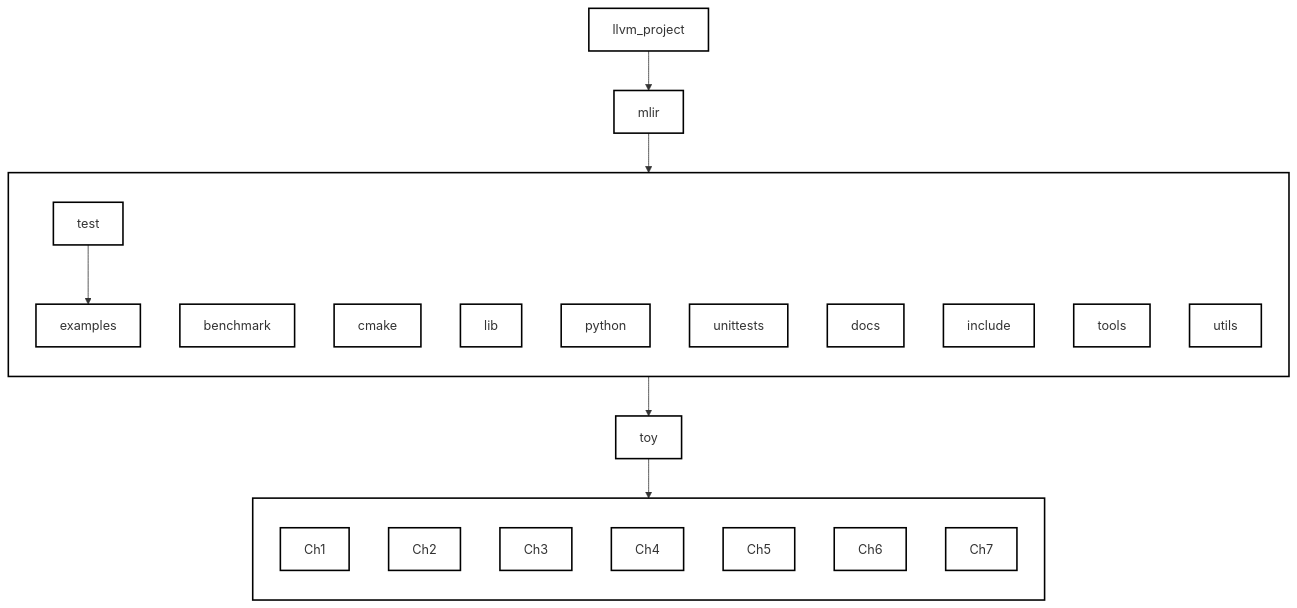
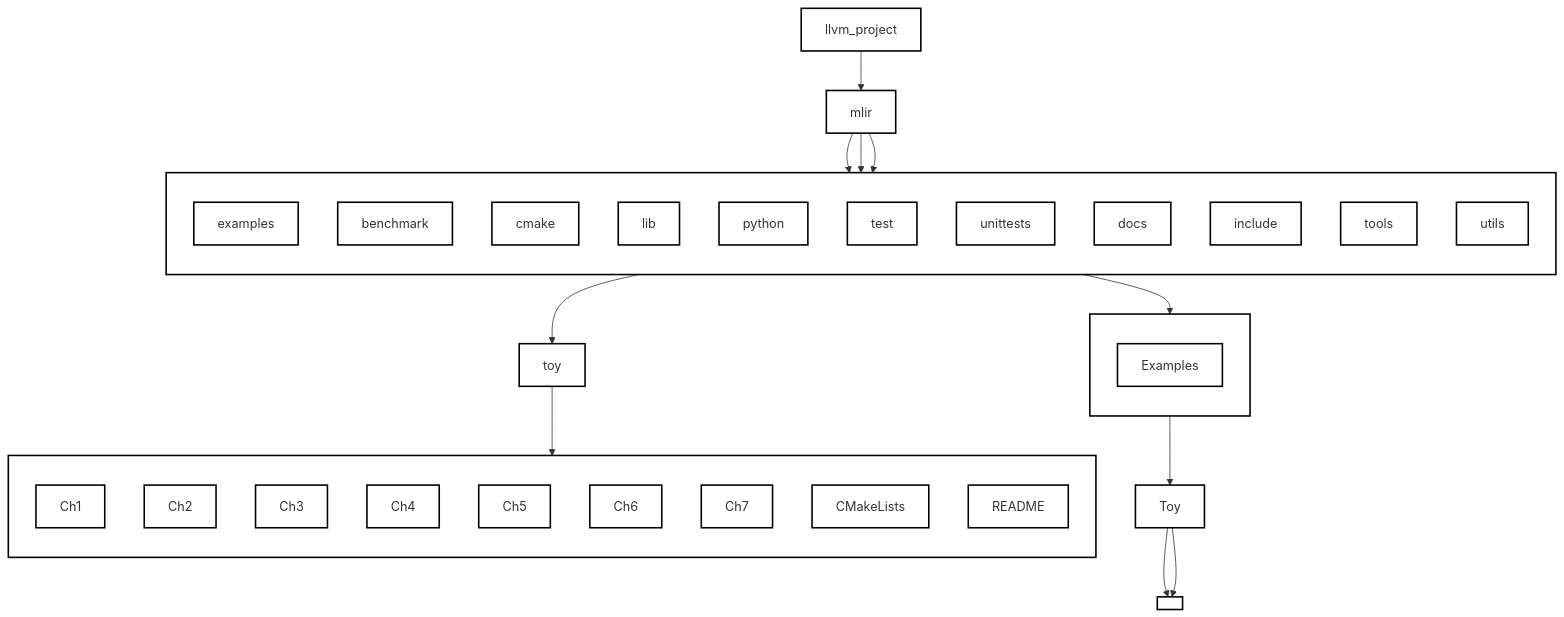
The third of 3 diagrams in Introduction.md (Ameya674/mlir_for_beginners), drawn with Mermaid before and after one commit.

````diff
--- a/Introduction.md
+++ b/Introduction.md
@@ -143,47 +143,73 @@
 ```mermaid
 graph TD
   llvm_project["llvm_project"]
   mlir["mlir"]
   examples["examples"]
-  toy["toy"]
-  test["test"]
+  toy_examples["toy"]
+  toy_test["Toy"]
 
   llvm_project --> mlir
+  mlir --> examples
 
   subgraph mlir_box[ ]
     direction TB
     benchmark
     cmake
     examples
     lib
     python
     test
     unittests
     docs
     include
     tools
     utils
   end
 
   mlir --> mlir_box
 
-  test --> examples
-  examples --> toy
+  subgraph toy_examples_box[ ]
+    direction TB
+    Ch1
+    Ch2
+    Ch3
+    Ch4
+    Ch5
+    Ch6
+    Ch7
+    CMakeLists
+    README
+  end
 
-  subgraph toy_box[ ]
+  examples --> toy_examples
+  toy_examples --> toy_examples_box
+
+  subgraph test_box[ ]
+    direction TB
+    Examples
+  end
+
+  mlir --> test
+  test --> test_box
+  test_box --> toy_test
+  toy_test --> toy_test_box
+
+  subgraph toy_test_box[ ]
     direction TB
     Ch1
     Ch2
     Ch3
     Ch4
     Ch5
     Ch6
     Ch7
   end
 
-  toy --> toy_box
+  toy_test --> toy_test_box
 
   classDef default fill:#fff,stroke:#000,stroke-width:2px;
   class mlir_box default;
-  class toy_box default;
+  class toy_examples_box default;
+  class toy_test_box default;
+  class test_box default;
 ```
````
